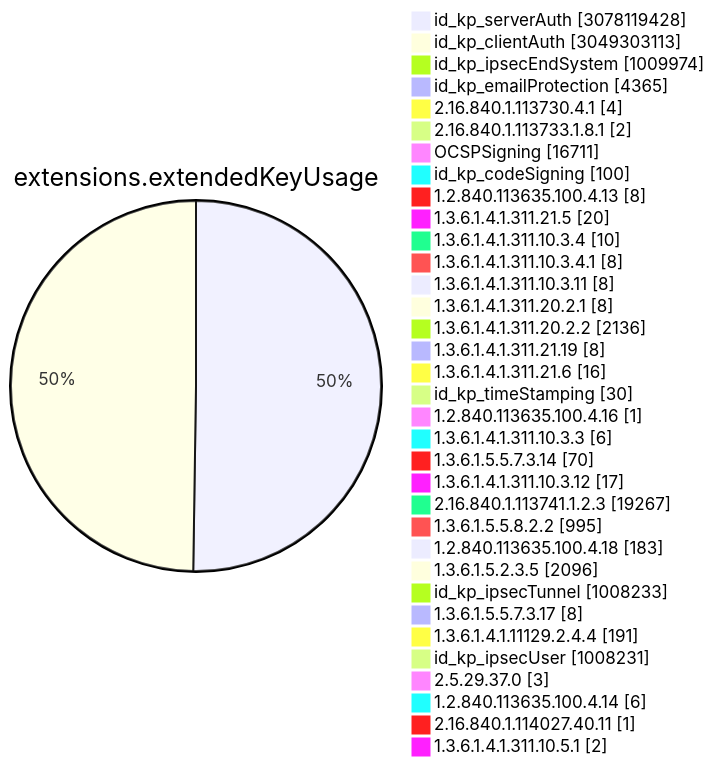
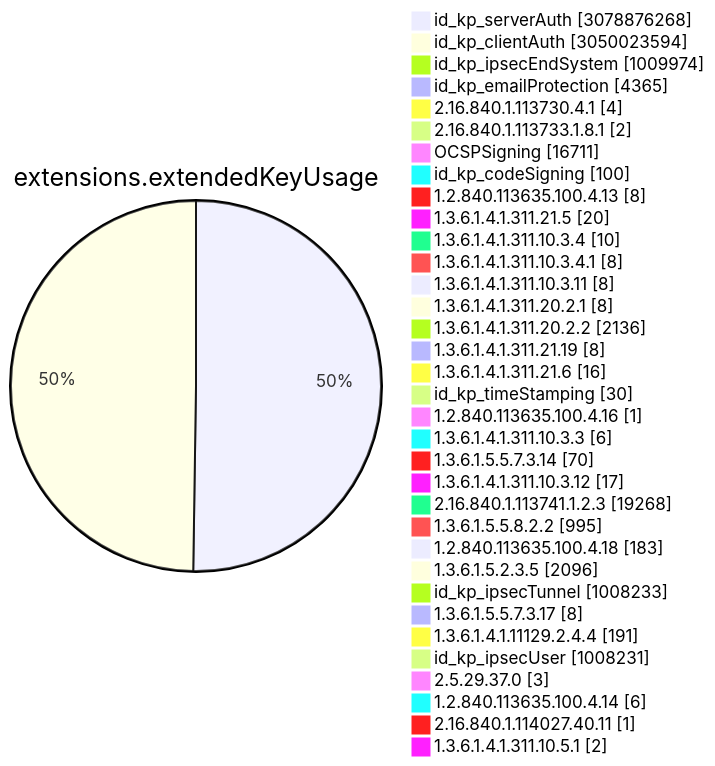
One commit to christiankrug/ctmonitor_visualization changed diagram 11 of 15 in TOTAL/README.md. Above: the diagram before and after it, drawn with Mermaid. The commit also changed other lines of this file, not shown here.

````diff
--- a/TOTAL/README.md
+++ b/TOTAL/README.md
@@ -4117,38 +4117,38 @@
 ```mermaid
 pie showData
 title extensions.extendedKeyUsage
-"id_kp_serverAuth" :3078119428
-"id_kp_clientAuth" :3049303113
+"id_kp_serverAuth" :3078876268
+"id_kp_clientAuth" :3050023594
 "id_kp_ipsecEndSystem" :1009974
 "id_kp_emailProtection" :4365
 "2.16.840.1.113730.4.1" :4
 "2.16.840.1.113733.1.8.1" :2
 "OCSPSigning" :16711
 "id_kp_codeSigning" :100
 "1.2.840.113635.100.4.13" :8
 "1.3.6.1.4.1.311.21.5" :20
 "1.3.6.1.4.1.311.10.3.4" :10
 "1.3.6.1.4.1.311.10.3.4.1" :8
 "1.3.6.1.4.1.311.10.3.11" :8
 "1.3.6.1.4.1.311.20.2.1" :8
 "1.3.6.1.4.1.311.20.2.2" :2136
 "1.3.6.1.4.1.311.21.19" :8
 "1.3.6.1.4.1.311.21.6" :16
 "id_kp_timeStamping" :30
 "1.2.840.113635.100.4.16" :1
 "1.3.6.1.4.1.311.10.3.3" :6
 "1.3.6.1.5.5.7.3.14" :70
 "1.3.6.1.4.1.311.10.3.12" :17
-"2.16.840.1.113741.1.2.3" :19267
+"2.16.840.1.113741.1.2.3" :19268
 "1.3.6.1.5.5.8.2.2" :995
 "1.2.840.113635.100.4.18" :183
 "1.3.6.1.5.2.3.5" :2096
 "id_kp_ipsecTunnel" :1008233
 "1.3.6.1.5.5.7.3.17" :8
 "1.3.6.1.4.1.11129.2.4.4" :191
 "id_kp_ipsecUser" :1008231
 "2.5.29.37.0" :3
 "1.2.840.113635.100.4.14" :6
 "2.16.840.1.114027.40.11" :1
 "1.3.6.1.4.1.311.10.5.1" :2
 ```
````
